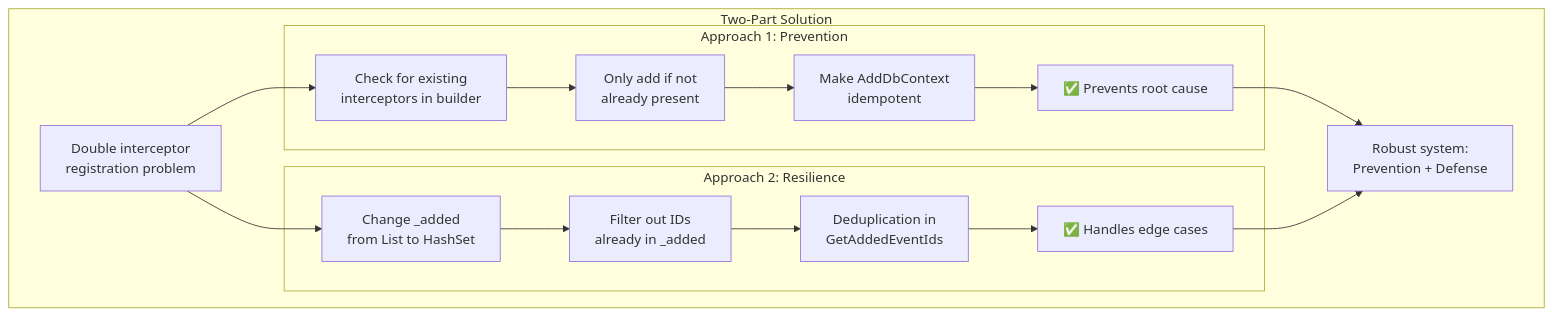
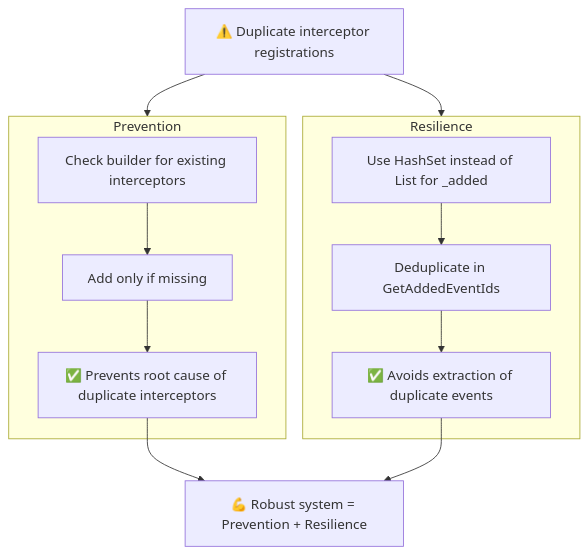
Before and after one commit to harveylx/portfolio-website: the sixth of 6 diagrams in astro-portfolio/src/data/blog/_2025/debugging-duplicate-event-processing.md, drawn with Mermaid. The commit also changed other lines of this file, not shown here.

Commit message:
Remove mermaid diagrams related to hypothesis testing and interceptor discovery from the debugging blog post, updated other diagrams and broke them apart

````diff
--- a/astro-portfolio/src/data/blog/_2025/debugging-duplicate-event-processing.md
+++ b/astro-portfolio/src/data/blog/_2025/debugging-duplicate-event-processing.md
@@ -608,35 +539,24 @@
 ```mermaid
 graph TB
-    subgraph "Two-Part Solution"
-        Problem[Double interceptor<br/>registration problem]
+    Problem[⚠️ Duplicate interceptor registrations]
 
-        subgraph "Approach 1: Prevention"
-            P1[Check for existing<br/>interceptors in builder]
-            P2[Only add if not<br/>already present]
-            P3[Make AddDbContext<br/>idempotent]
-            PR[✅ Prevents root cause]
+    subgraph "Prevention"
+        P1[Check builder for existing interceptors]
+        P2[Add only if missing]
+        PR[✅ Prevents root cause of duplicate interceptors]
+        P1 --> P2--> PR
+    end
 
-            P1 --> P2
-            P2 --> P3
-            P3 --> PR
-        end
+    subgraph "Resilience"
+        R1[Use HashSet instead of List for _added]
+        R2[Deduplicate in GetAddedEventIds]
+        RR[✅ Avoids extraction of duplicate events]
+        R1 --> R2 --> RR
+    end
 
-        subgraph "Approach 2: Resilience"
-            R1[Change _added<br/>from List to HashSet]
-            R2[Filter out IDs<br/>already in _added]
-            R3[Deduplication in<br/>GetAddedEventIds]
-            RR[✅ Handles edge cases]
-
-            R1 --> R2
-            R2 --> R3
-            R3 --> RR
-        end
-
-        Problem --> P1
-        Problem --> R1
-
-        Final[Robust system:<br/>Prevention + Defense]
-        PR --> Final
-        RR --> Final
-    end
+    Problem --> Prevention
+    Problem --> Resilience
+    PR --> Final
+    RR --> Final
+    Final[💪 Robust system = Prevention + Resilience]
 ```
````
